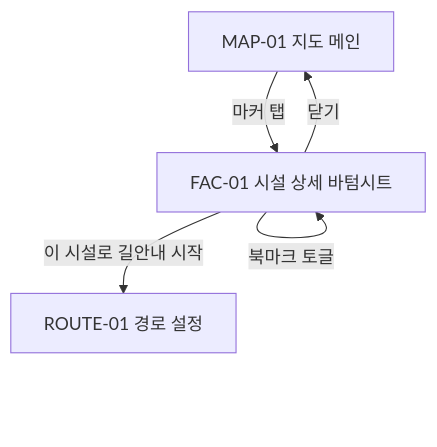
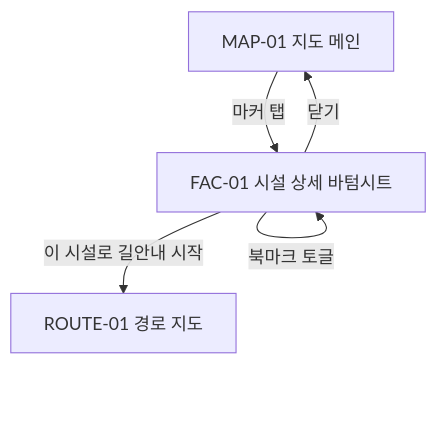
One commit to busaneumgil/busaneumgil changed the third of 5 diagrams in FE/docs/2026-04-22_부산이음길_FE_화면_인벤토리_및_라우트_맵.md. Above: the diagram before and after it, drawn with Mermaid. The commit also changed other lines of this file and 17 other files, not shown here.

````diff
--- a/FE/docs/2026-04-22_부산이음길_FE_화면_인벤토리_및_라우트_맵.md
+++ b/FE/docs/2026-04-22_부산이음길_FE_화면_인벤토리_및_라우트_맵.md
@@ -634,7 +628,7 @@
 ```mermaid
 flowchart TD
     A["MAP-01 지도 메인"] -->|마커 탭| B["FAC-01 시설 상세 바텀시트"]
     B -->|북마크 토글| B
     B -->|닫기| A
-    B -->|이 시설로 길안내 시작| C["ROUTE-01 경로 설정"]
+    B -->|이 시설로 길안내 시작| C["ROUTE-01 경로 지도"]
 ```
````
